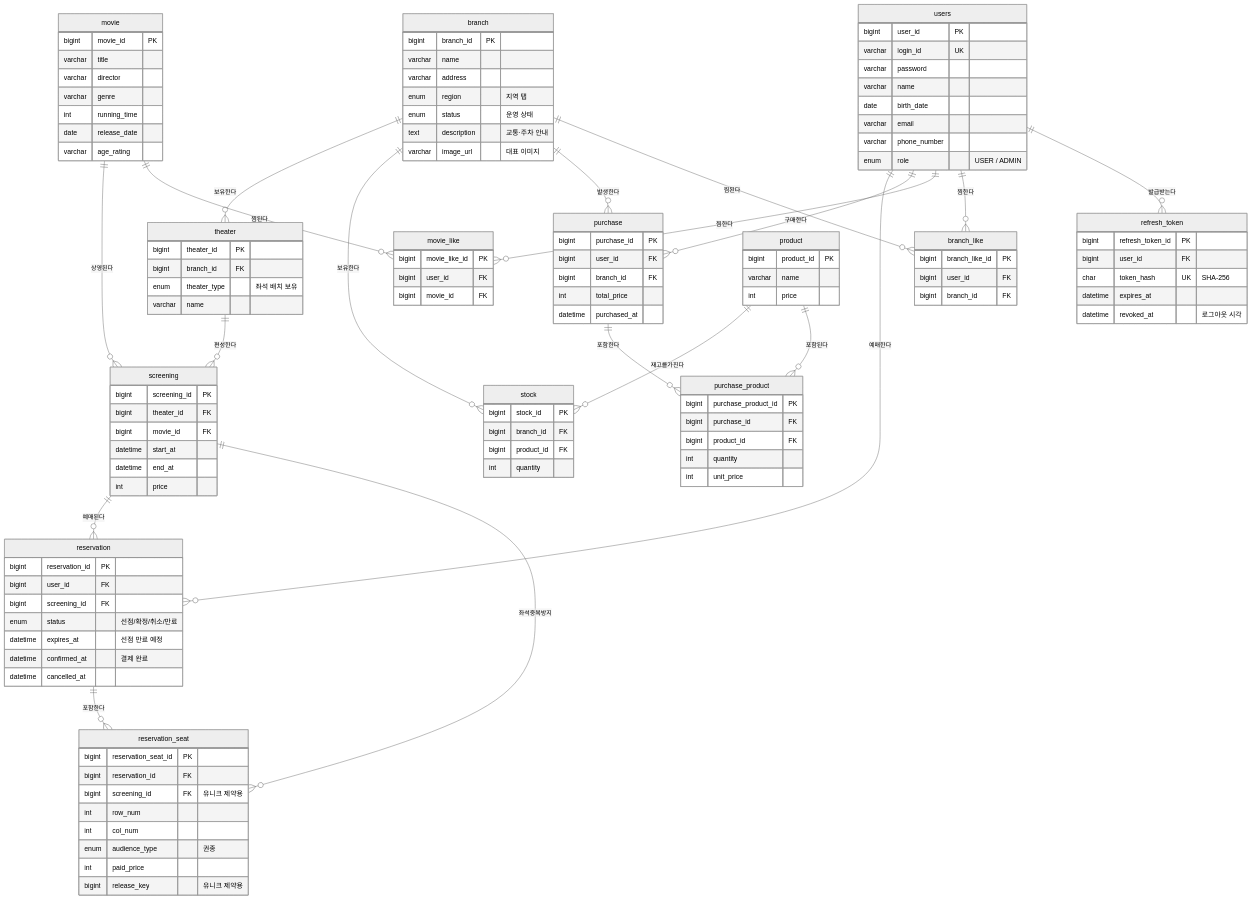
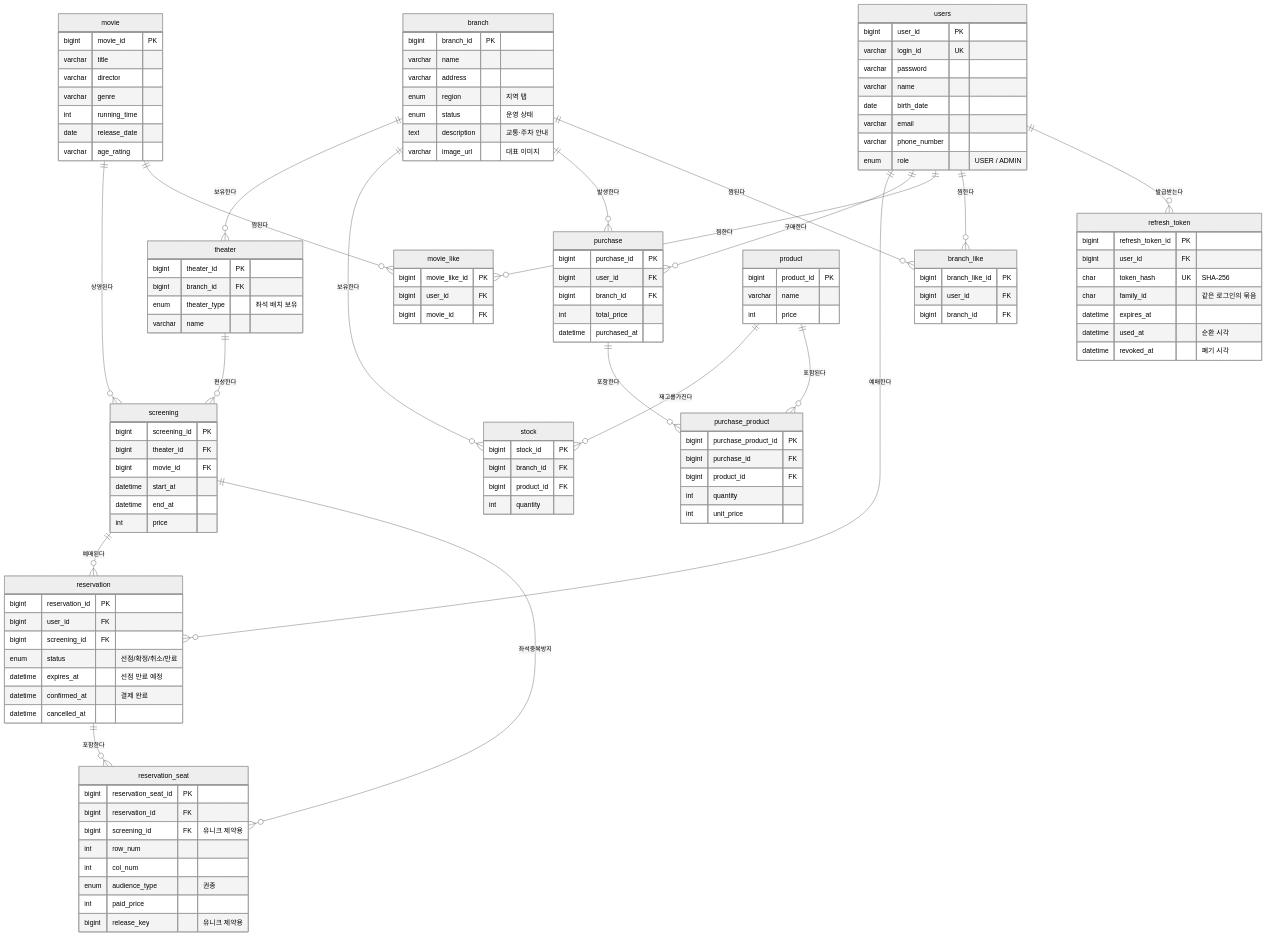
The first of 2 diagrams in README.md (CEOS-Developers/spring-cgv-24th), drawn with Mermaid (neutral theme) before and after one commit. The commit also changed other lines of this file and 1 other file, not shown here.

````diff
--- a/README.md
+++ b/README.md
@@ -124,7 +124,9 @@
         bigint refresh_token_id PK
         bigint user_id FK
         char token_hash UK "SHA-256"
+        char family_id "같은 로그인의 묶음"
         datetime expires_at
-        datetime revoked_at "로그아웃 시각"
+        datetime used_at "순환 시각"
+        datetime revoked_at "폐기 시각"
     }
 ```
````
